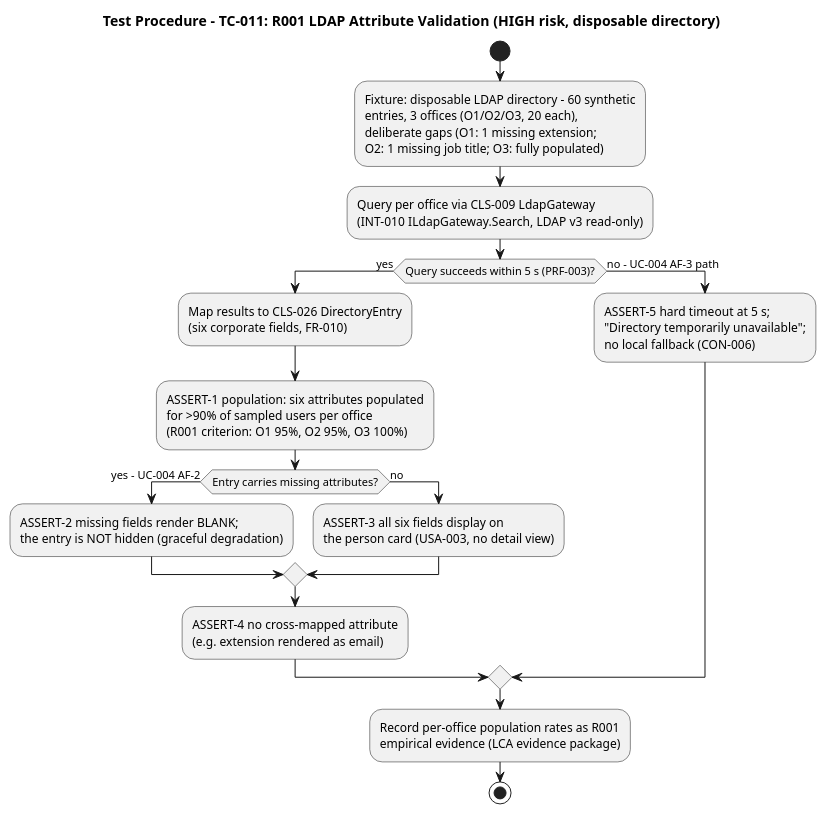
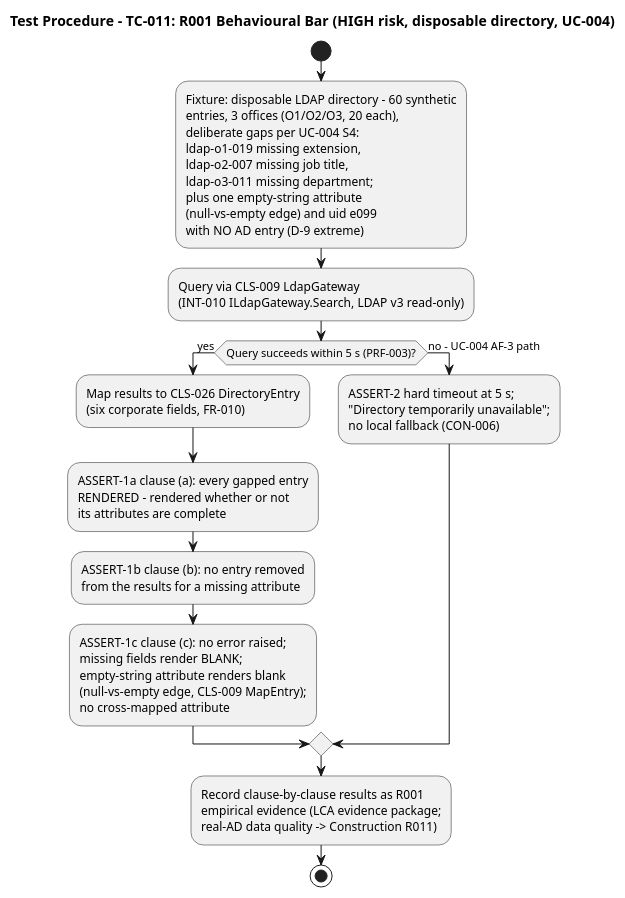
Before and after one commit to banense-test/employee-portal: the sixth of 7 diagrams in docs/artifacts/test/test-case.md, drawn with PlantUML. The commit also changed other lines of this file, not shown here.

First line of the commit message:
Test Designer [E2]: upsert Test Case

````diff
--- a/docs/artifacts/test/test-case.md
+++ b/docs/artifacts/test/test-case.md
@@ -496,23 +508,19 @@
 ```plantuml
 @startuml
-title Test Procedure - TC-011: R001 LDAP Attribute Validation (HIGH risk, disposable directory)
+title Test Procedure - TC-011: R001 Behavioural Bar (HIGH risk, disposable directory, UC-004)
 
 start
-:Fixture: disposable LDAP directory - 60 synthetic\nentries, 3 offices (O1/O2/O3, 20 each),\ndeliberate gaps (O1: 1 missing extension;\nO2: 1 missing job title; O3: fully populated);
-:Query per office via CLS-009 LdapGateway\n(INT-010 ILdapGateway.Search, LDAP v3 read-only);
+:Fixture: disposable LDAP directory - 60 synthetic\nentries, 3 offices (O1/O2/O3, 20 each),\ndeliberate gaps per UC-004 S4:\nldap-o1-019 missing extension,\nldap-o2-007 missing job title,\nldap-o3-011 missing department;\nplus one empty-string attribute\n(null-vs-empty edge) and uid e099\nwith NO AD entry (D-9 extreme);
+:Query via CLS-009 LdapGateway\n(INT-010 ILdapGateway.Search, LDAP v3 read-only);
 if (Query succeeds within 5 s (PRF-003)?) then (yes)
   :Map results to CLS-026 DirectoryEntry\n(six corporate fields, FR-010);
-  :ASSERT-1 population: six attributes populated\nfor >90% of sampled users per office\n(R001 criterion: O1 95%, O2 95%, O3 100%);
-  if (Entry carries missing attributes?) then (yes - UC-004 AF-2)
-    :ASSERT-2 missing fields render BLANK;\nthe entry is NOT hidden (graceful degradation);
-  else (no)
-    :ASSERT-3 all six fields display on\nthe person card (USA-003, no detail view);
-  endif
-  :ASSERT-4 no cross-mapped attribute\n(e.g. extension rendered as email);
+  :ASSERT-1a clause (a): every gapped entry\nRENDERED - rendered whether or not\nits attributes are complete;
+  :ASSERT-1b clause (b): no entry removed\nfrom the results for a missing attribute;
+  :ASSERT-1c clause (c): no error raised;\nmissing fields render BLANK;\nempty-string attribute renders blank\n(null-vs-empty edge, CLS-009 MapEntry);\nno cross-mapped attribute;
 else (no - UC-004 AF-3 path)
-  :ASSERT-5 hard timeout at 5 s;\n"Directory temporarily unavailable";\nno local fallback (CON-006);
+  :ASSERT-2 hard timeout at 5 s;\n"Directory temporarily unavailable";\nno local fallback (CON-006);
 endif
-:Record per-office population rates as R001\nempirical evidence (LCA evidence package);
+:Record clause-by-clause results as R001\nempirical evidence (LCA evidence package;\nreal-AD data quality -> Construction R011);
 stop
 @enduml
 ```
````
